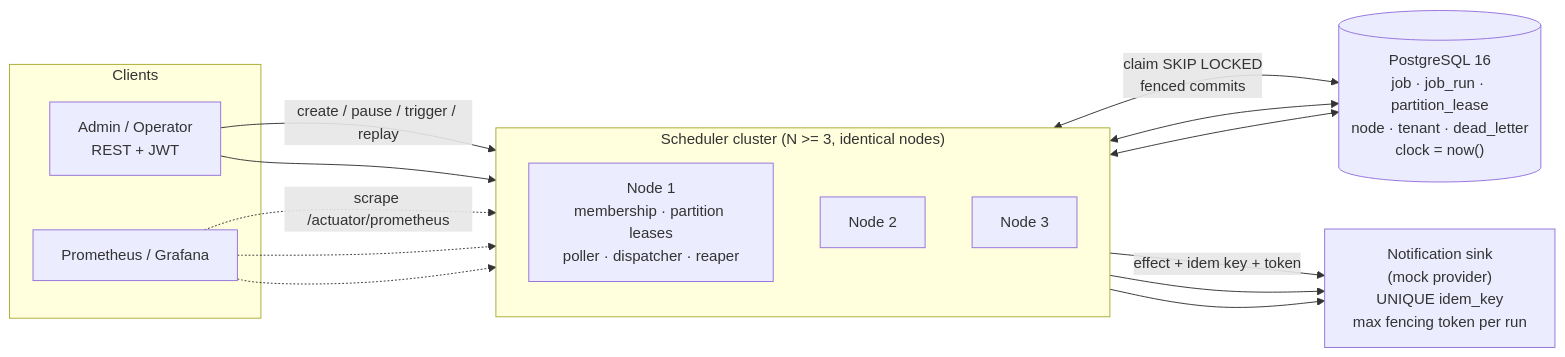
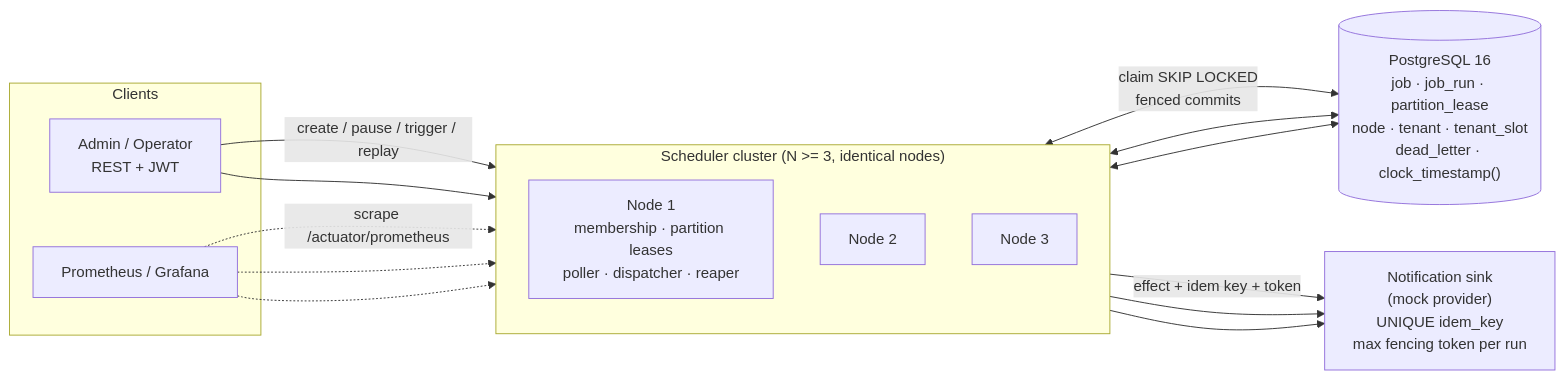
One commit to rachitkansal05/Case-Study-3-Distributed-Trip-Job-Scheduler-Exactly-Once-Across-a-Cluster changed the first of 3 diagrams in PLAN.md. Above: the diagram before and after it, drawn with Mermaid. The commit also changed other lines of this file, not shown here.

````diff
--- a/PLAN.md
+++ b/PLAN.md
@@ -97,26 +101,26 @@
 ```mermaid
 flowchart LR
   subgraph Clients
     A1[Admin / Operator<br/>REST + JWT]
     PR[Prometheus / Grafana]
   end
   subgraph Cluster["Scheduler cluster (N >= 3, identical nodes)"]
     direction TB
     N1["Node 1<br/>membership · partition leases<br/>poller · dispatcher · reaper"]
     N2["Node 2"]
     N3["Node 3"]
   end
-  DB[("PostgreSQL 16<br/>job · job_run · partition_lease<br/>node · tenant · dead_letter<br/>clock = now()")]
+  DB[("PostgreSQL 16<br/>job · job_run · partition_lease<br/>node · tenant · tenant_slot<br/>dead_letter · clock_timestamp()")]
   SINK["Notification sink<br/>(mock provider)<br/>UNIQUE idem_key<br/>max fencing token per run"]
   A1 -->|create / pause / trigger / replay| N1
   A1 --> N2
   N1 <-->|claim SKIP LOCKED<br/>fenced commits| DB
   N2 <--> DB
   N3 <--> DB
   N1 -->|effect + idem key + token| SINK
   N2 --> SINK
   N3 --> SINK
   PR -.->|scrape /actuator/prometheus| N1
   PR -.-> N2
   PR -.-> N3
 ```
````
